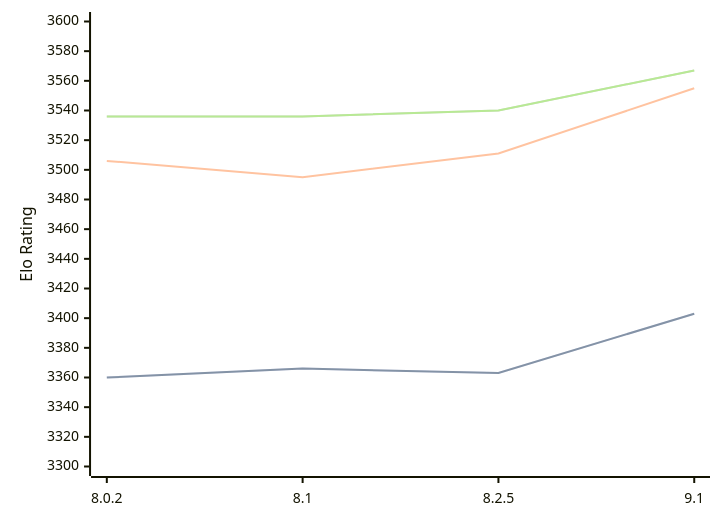
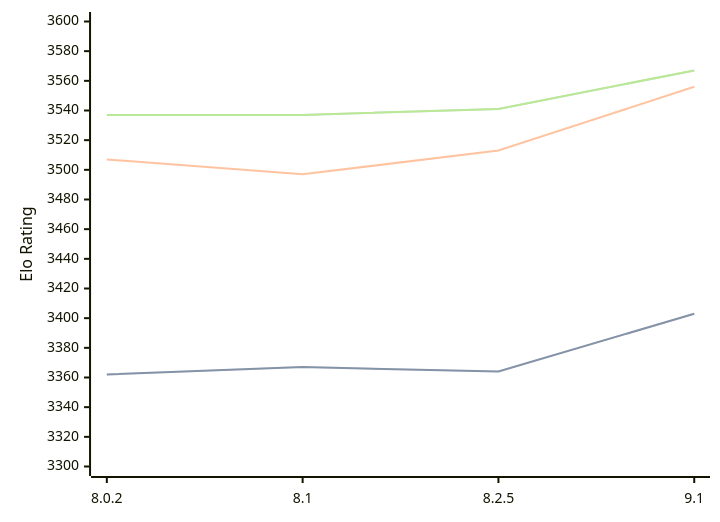
The diagram in engines/Clover.md (computer-chess-index/cci), drawn with Mermaid before and after one commit. The commit also changed other lines of this file, not shown here.

Commit message:
Update CCI Ratings (ELO VLTC) - 2026-03-28

````diff
--- a/engines/Clover.md
+++ b/engines/Clover.md
@@ -64,11 +64,11 @@
 ```mermaid
 %%{init: {"theme":"base","themeVariables":{"seriesColors:['#a3a3a3','#222221','#faa371']}}}%%
 xychart-beta
   x-axis ["8.0.2", "8.1", "8.2.5", "9.1"]
   y-axis "Elo Rating" 3300 --> 3600
-  line "STC (8.0+0.08s)" [3360, 3366, 3363, 3403]
-  line "STC (8.0+0.08s)" [3360, 3366, 3363, 3403]
-  line "LTC (60.0+0.60s)" [3506, 3495, 3511, 3555]
-  line "VLTC (2m24s+1.12s)" [3536, 3536, 3540, 3567]
-  line "VLTC (2m24s+1.12s)" [3536, 3536, 3540, 3567]
+  line "STC (8.0+0.08s)" [3362, 3367, 3364, 3403]
+  line "STC (8.0+0.08s)" [3362, 3367, 3364, 3403]
+  line "LTC (60.0+0.60s)" [3507, 3497, 3513, 3556]
+  line "VLTC (2m24s+1.12s)" [3537, 3537, 3541, 3567]
+  line "VLTC (2m24s+1.12s)" [3537, 3537, 3541, 3567]
 ```
````
